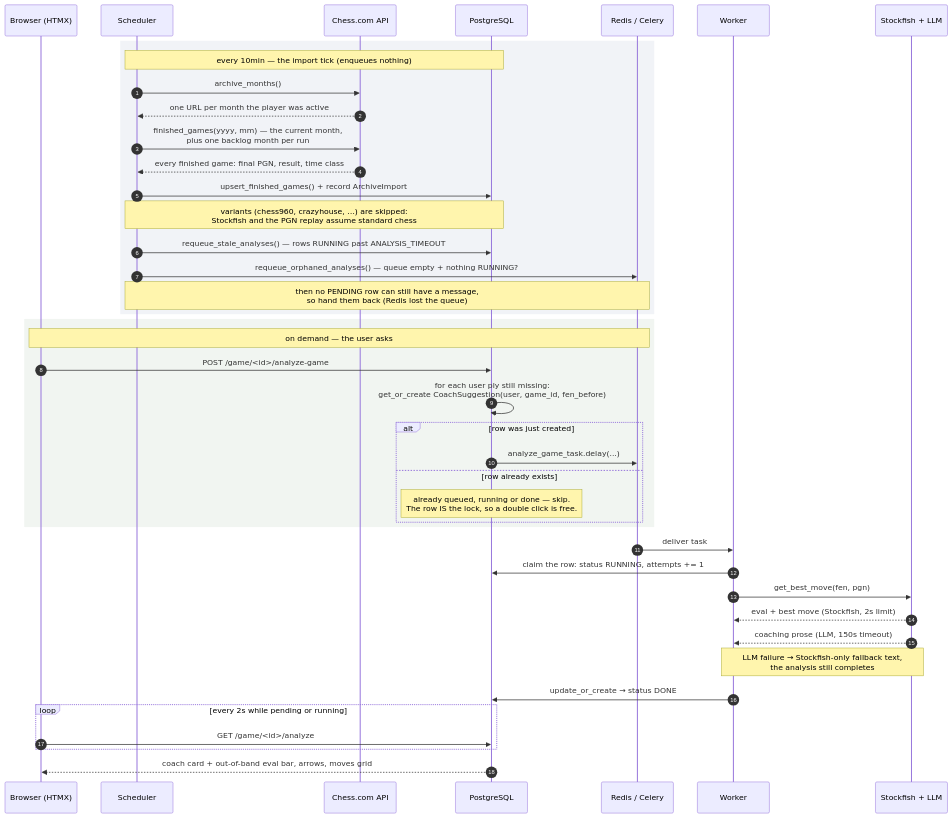
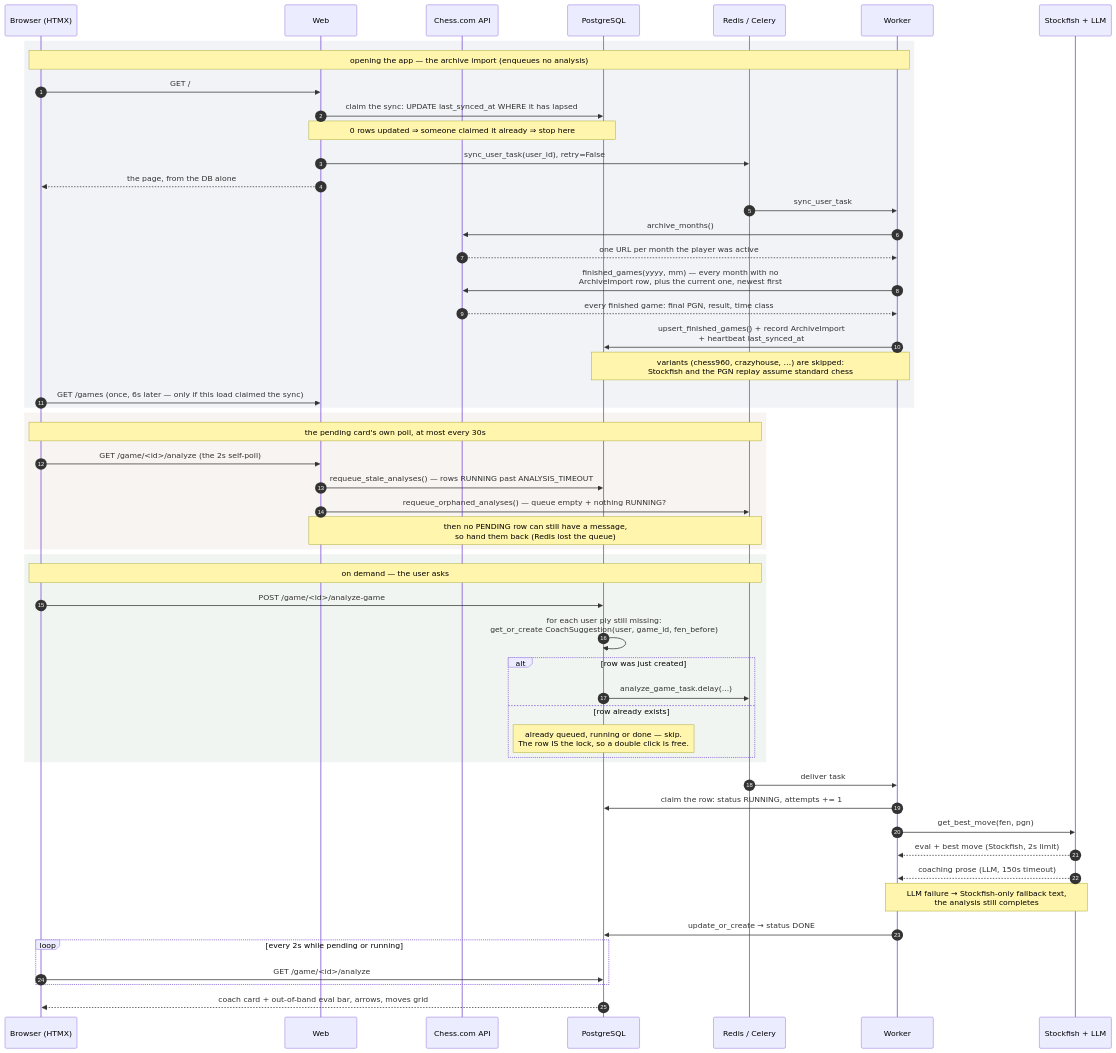
One commit to gab-25/chessdotcom_ai_coach changed the second of 2 diagrams in docs/architecture.md. Above: the diagram before and after it, drawn with Mermaid. The commit also changed other lines of this file and 25 other files, not shown here.

````diff
--- a/docs/architecture.md
+++ b/docs/architecture.md
@@ -83,49 +94,60 @@
 ```mermaid
 sequenceDiagram
     autonumber
     participant B as Browser (HTMX)
-    participant S as Scheduler
+    participant Web as Web
     participant C as Chess.com API
     participant DB as PostgreSQL
     participant Q as Redis / Celery
     participant W as Worker
     participant E as Stockfish + LLM
 
     rect rgba(120,140,180,0.10)
-    Note over S,DB: every 10min — the import tick (enqueues nothing)
-    S->>C: archive_months()
-    C-->>S: one URL per month the player was active
-    S->>C: finished_games(yyyy, mm) — the current month,<br/>plus one backlog month per run
-    C-->>S: every finished game: final PGN, result, time class
-    S->>DB: upsert_finished_games() + record ArchiveImport
-    Note over S,DB: variants (chess960, crazyhouse, …) are skipped:<br/>Stockfish and the PGN replay assume standard chess
+    Note over B,W: opening the app — the archive import (enqueues no analysis)
+    B->>Web: GET /
+    Web->>DB: claim the sync: UPDATE last_synced_at WHERE it has lapsed
+    Note over Web,DB: 0 rows updated ⇒ someone claimed it already ⇒ stop here
+    Web->>Q: sync_user_task(user_id), retry=False
+    Web-->>B: the page, from the DB alone
+    Q->>W: sync_user_task
+    W->>C: archive_months()
+    C-->>W: one URL per month the player was active
+    W->>C: finished_games(yyyy, mm) — every month with no<br/>ArchiveImport row, plus the current one, newest first
+    C-->>W: every finished game: final PGN, result, time class
+    W->>DB: upsert_finished_games() + record ArchiveImport<br/>+ heartbeat last_synced_at
+    Note over W,DB: variants (chess960, crazyhouse, …) are skipped:<br/>Stockfish and the PGN replay assume standard chess
+    B->>Web: GET /games (once, 6s later — only if this load claimed the sync)
+    end
 
-    S->>DB: requeue_stale_analyses() — rows RUNNING past ANALYSIS_TIMEOUT
-    S->>Q: requeue_orphaned_analyses() — queue empty + nothing RUNNING?
-    Note over S,Q: then no PENDING row can still have a message,<br/>so hand them back (Redis lost the queue)
+    rect rgba(180,150,120,0.10)
+    Note over B,Q: the pending card's own poll, at most every 30s
+    B->>Web: GET /game/<id>/analyze (the 2s self-poll)
+    Web->>DB: requeue_stale_analyses() — rows RUNNING past ANALYSIS_TIMEOUT
+    Web->>Q: requeue_orphaned_analyses() — queue empty + nothing RUNNING?
+    Note over Web,Q: then no PENDING row can still have a message,<br/>so hand them back (Redis lost the queue)
     end
 
     rect rgba(120,160,120,0.10)
     Note over B,Q: on demand — the user asks
     B->>DB: POST /game/<id>/analyze-game
     DB->>DB: for each user ply still missing:<br/>get_or_create CoachSuggestion(user, game_id, fen_before)
     alt row was just created
         DB->>Q: analyze_game_task.delay(...)
     else row already exists
         Note over DB: already queued, running or done — skip.<br/>The row IS the lock, so a double click is free.
     end
     end
 
     Q->>W: deliver task
     W->>DB: claim the row: status RUNNING, attempts += 1
     W->>E: get_best_move(fen, pgn)
     E-->>W: eval + best move (Stockfish, 2s limit)
     E-->>W: coaching prose (LLM, 150s timeout)
     Note over W,E: LLM failure → Stockfish-only fallback text,<br/>the analysis still completes
     W->>DB: update_or_create → status DONE
 
     loop every 2s while pending or running
         B->>DB: GET /game/<id>/analyze
     end
     DB-->>B: coach card + out-of-band eval bar, arrows, moves grid
 ```
````
